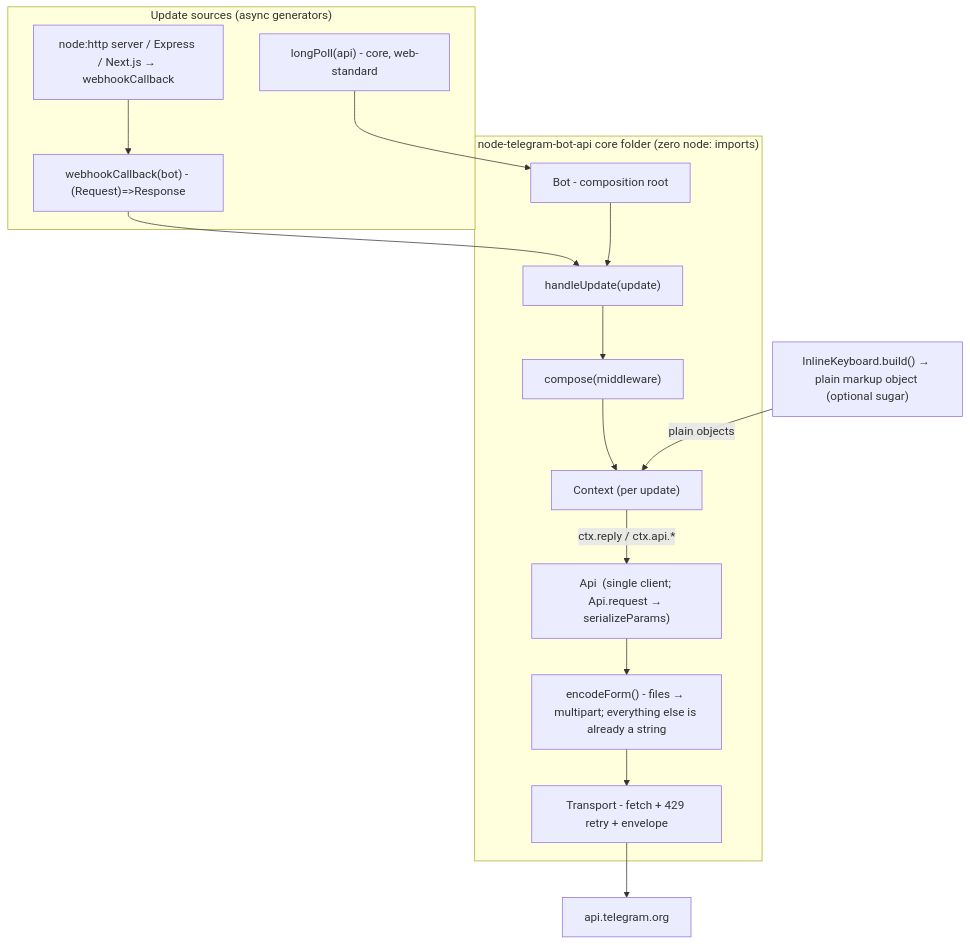
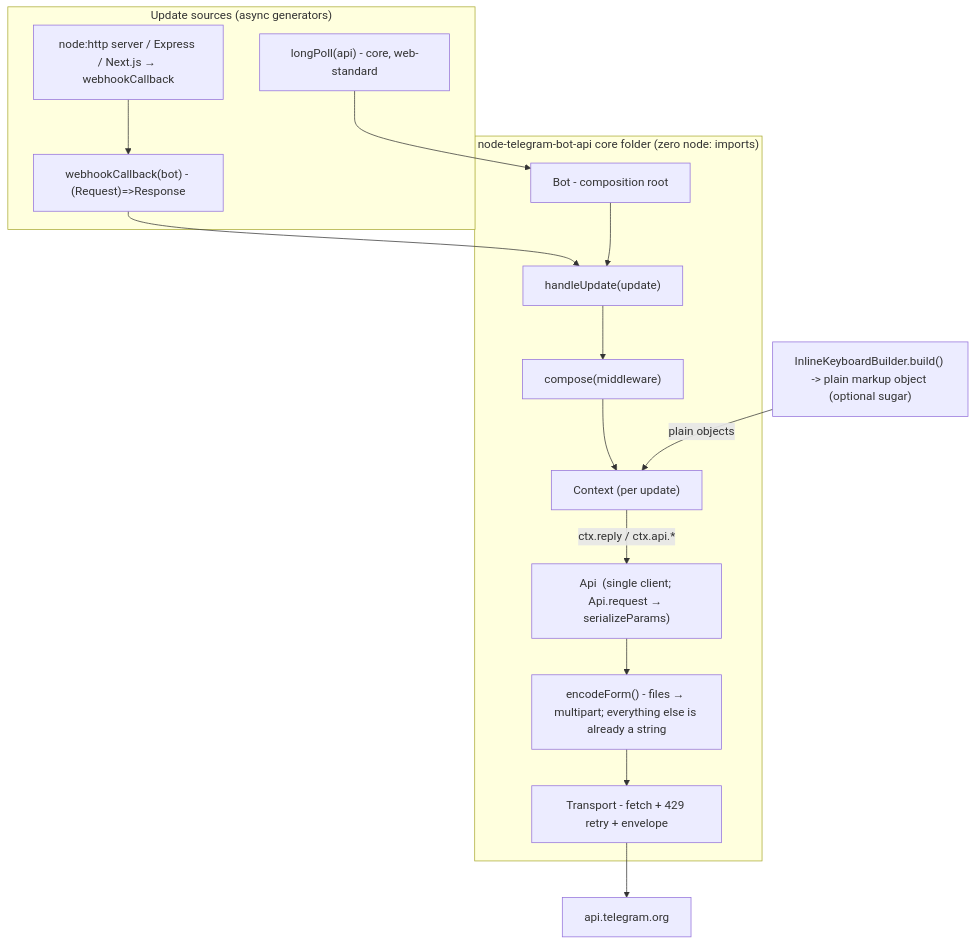
One commit to yagop/node-telegram-bot-api changed the diagram in redesign/ARCHITECTURE.md. Above: the diagram before and after it, drawn with Mermaid. The commit also changed other lines of this file and 6 other files, not shown here.

First line of the commit message:
refactor(keyboard): rename builders to *Builder; drop removeKeyboard/forceReply

````diff
--- a/redesign/ARCHITECTURE.md
+++ b/redesign/ARCHITECTURE.md
@@ -65,27 +65,27 @@
 ```mermaid
 flowchart TD
   subgraph sources["Update sources (async generators)"]
     P["longPoll(api) - core, web-standard"]
     WCB["webhookCallback(bot) - (Request)=>Response"]
     NSrv["node:http server / Express / Next.js → webhookCallback"]
   end
 
   subgraph core["node-telegram-bot-api core folder (zero node: imports)"]
     BOT["Bot - composition root"]
     DISP["handleUpdate(update)"]
     COMP["compose(middleware)"]
     CTX["Context (per update)"]
     API["Api  (single client; Api.request → serializeParams)"]
     ENC["encodeForm() - files → multipart; everything else is already a string"]
     TR["Transport - fetch + 429 retry + envelope"]
   end
 
-  BLD["InlineKeyboard.build() → plain markup object (optional sugar)"]
+  BLD["InlineKeyboardBuilder.build() -> plain markup object (optional sugar)"]
 
   P --> BOT
   WCB --> DISP
   NSrv --> WCB
   BOT --> DISP --> COMP --> CTX
   BLD -->|plain objects| CTX
   CTX -->|ctx.reply / ctx.api.*| API --> ENC --> TR --> TG["api.telegram.org"]
 ```
````
